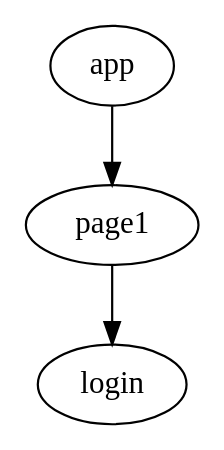
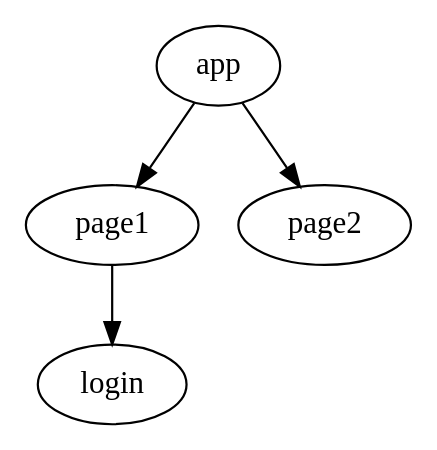
Before and after one commit to appKODE/way: the diagram in way/src/commonTest/way/nav-service10-app.dot, drawn with Graphviz. The commit also changed 3 other files, not shown here.

```diff
--- a/way/src/commonTest/way/nav-service10-app.dot
+++ b/way/src/commonTest/way/nav-service10-app.dot
@@ -1,8 +1,9 @@
 digraph NavService10 {
   package = "ru.kode.way.nav10"
 
   app [type = flow]
   login [type = schema, resultType = "kotlin.Int"]
 
   app -> page1 -> login
+  app -> page2
 }
```
